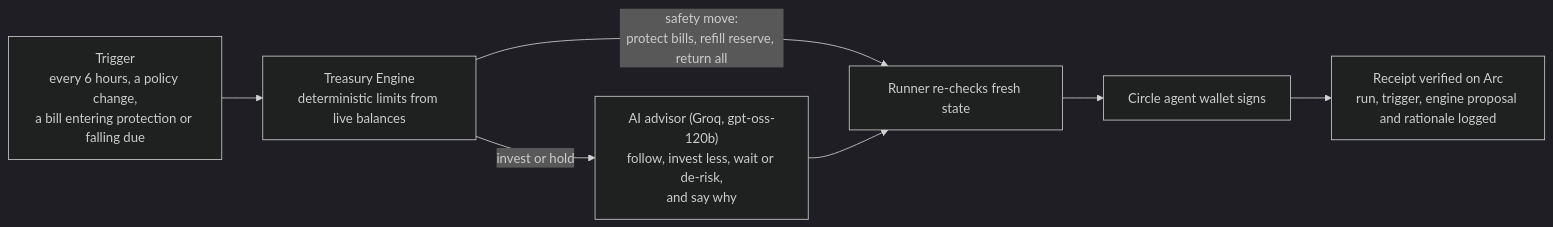
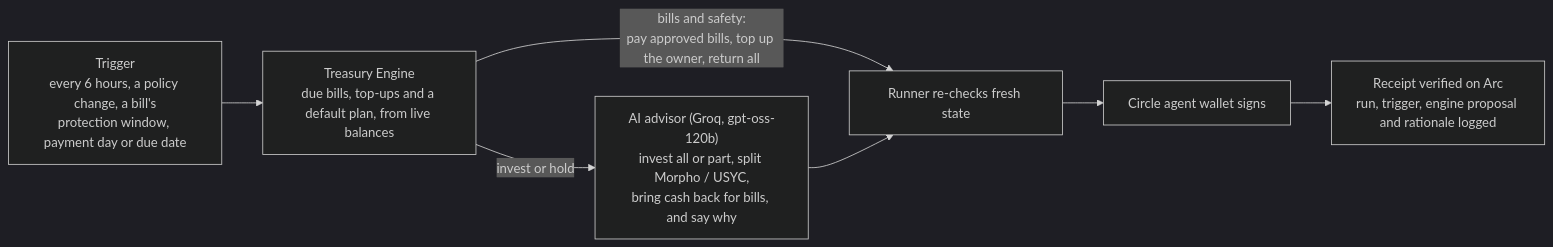
Before and after one commit to FatihX1X/Hodd: the diagram in README.md, drawn with Mermaid (dark theme). The commit also changed other lines of this file and 25 other files, not shown here.

First line of the commit message:
Let Autopilot use Morpho and USYC, limited only by where money can go

````diff
--- a/README.md
+++ b/README.md
@@ -58,9 +58,9 @@
 ```mermaid
 flowchart LR
-  T["Trigger<br/>every 6 hours, a policy change,<br/>a bill entering protection or falling due"] --> E["Treasury Engine<br/>deterministic limits from live balances"]
-  E -->|"safety move:<br/>protect bills, refill reserve, return all"| S["Runner re-checks fresh state"]
-  E -->|"invest or hold"| A["AI advisor (Groq, gpt-oss-120b)<br/>follow, invest less, wait or de-risk,<br/>and say why"]
+  T["Trigger<br/>every 6 hours, a policy change, a bill's<br/>protection window, payment day or due date"] --> E["Treasury Engine<br/>due bills, top-ups and a default plan, from live balances"]
+  E -->|"bills and safety:<br/>pay approved bills, top up the owner, return all"| S["Runner re-checks fresh state"]
+  E -->|"invest or hold"| A["AI advisor (Groq, gpt-oss-120b)<br/>invest all or part, split Morpho / USYC,<br/>bring cash back for bills, and say why"]
   A --> S
   S --> W["Circle agent wallet signs"]
   W --> R["Receipt verified on Arc<br/>run, trigger, engine proposal and rationale logged"]
 ```
````
